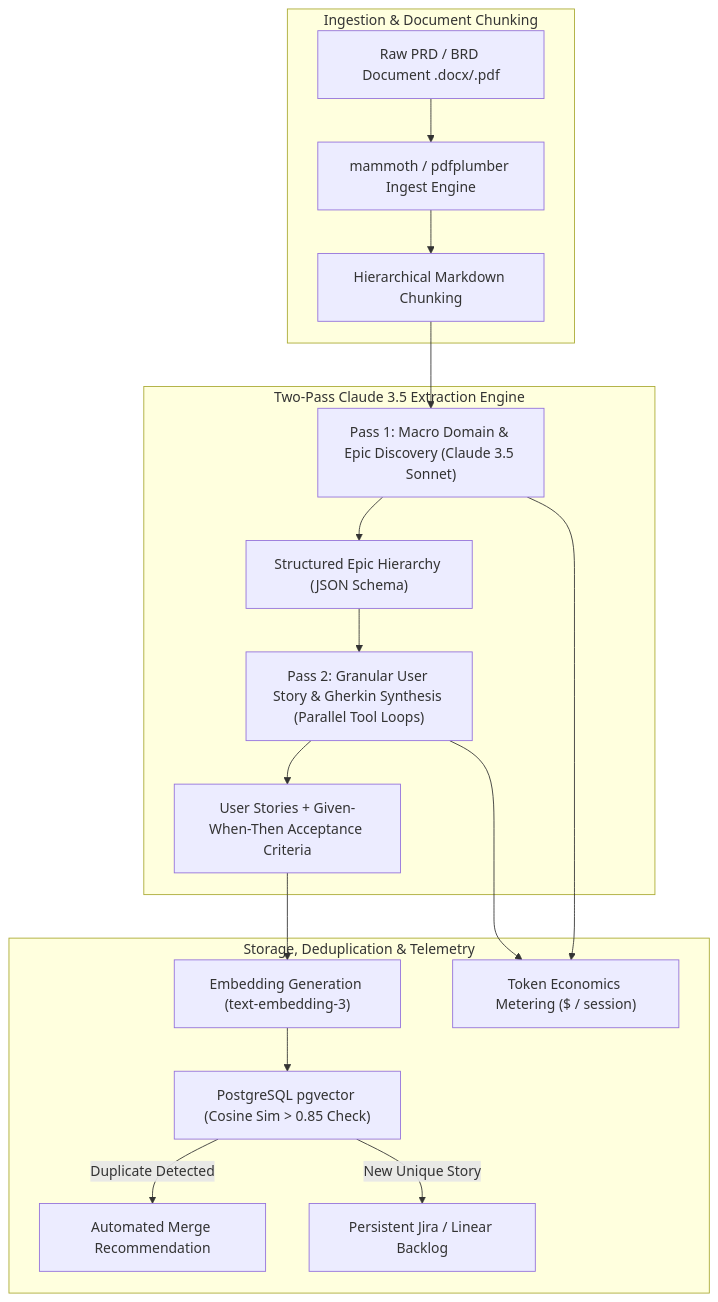
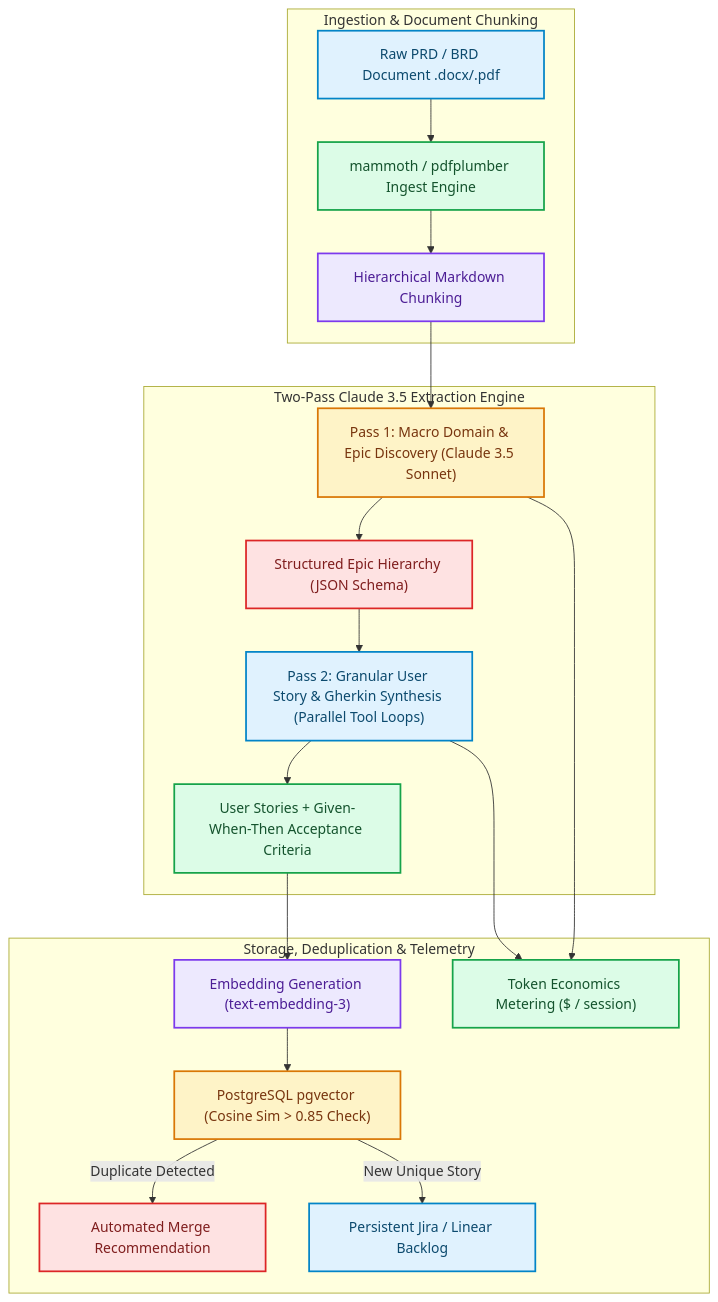
The diagram in blog/posts/building-specforge-two-pass-claude-pipeline-pgvector-token-economics.md (akmalkhaniub/akmalkhaniub.github.io), drawn with Mermaid before and after one commit. The commit also changed other lines of this file and 1291 other files, not shown here.

First line of the commit message:
feat(catalog): unique covers, scholarly references, and diagram palettes

````diff
--- a/blog/posts/building-specforge-two-pass-claude-pipeline-pgvector-token-economics.md
+++ b/blog/posts/building-specforge-two-pass-claude-pipeline-pgvector-token-economics.md
@@ -19,22 +19,33 @@
 ```mermaid
 flowchart TD
   subgraph SG1_IngestionDocumentChunking ["Ingestion & Document Chunking"]
-    Doc[Raw PRD / BRD Document .docx/.pdf] --> Ingestion[mammoth / pdfplumber Ingest Engine]
-    Ingestion --> Chunks[Hierarchical Markdown Chunking]
+    Doc["Raw PRD / BRD Document .docx/.pdf"] --> Ingestion["mammoth / pdfplumber Ingest Engine"]
+    Ingestion --> Chunks["Hierarchical Markdown Chunking"]
   end
   
   subgraph SG2_TwoPassClaude ["Two-Pass Claude 3.5 Extraction Engine"]
     Chunks --> Pass1["Pass 1: Macro Domain & Epic Discovery (Claude 3.5 Sonnet)"]
     Pass1 --> Epics["Structured Epic Hierarchy (JSON Schema)"]
     Epics --> Pass2["Pass 2: Granular User Story & Gherkin Synthesis (Parallel Tool Loops)"]
     Pass2 --> Stories["User Stories + Given-When-Then Acceptance Criteria"]
   end
   
   subgraph SG3_StorageDeduplicationTelemetry ["Storage, Deduplication & Telemetry"]
     Stories --> Embedder["Embedding Generation (text-embedding-3)"]
     Embedder --> PGVector["PostgreSQL pgvector (Cosine Sim > 0.85 Check)"]
     PGVector -->|Duplicate Detected| Merge["Automated Merge Recommendation"]
     PGVector -->|New Unique Story| Backlog["Persistent Jira / Linear Backlog"]
     Pass1 & Pass2 --> Metering["Token Economics Metering ($ / session)"]
   end
+
+classDef green fill:#dcfce7,stroke:#16a34a,stroke-width:2px,color:#14532d;
+classDef red fill:#fee2e2,stroke:#dc2626,stroke-width:2px,color:#7f1d1d;
+classDef blue fill:#e0f2fe,stroke:#0284c7,stroke-width:2px,color:#0c4a6e;
+classDef yellow fill:#fef3c7,stroke:#d97706,stroke-width:2px,color:#78350f;
+classDef purple fill:#ede9fe,stroke:#7c3aed,stroke-width:2px,color:#4c1d95;
+class Doc,Pass2,Backlog blue
+class Ingestion,Stories,Metering green
+class Chunks,Embedder purple
+class Pass1,PGVector yellow
+class Epics,Merge red
 ```
````
